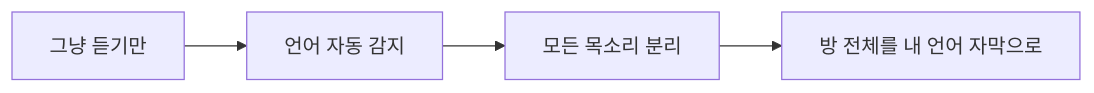
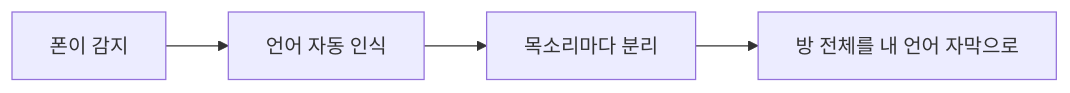
The first of 4 diagrams in README_ko.md (rpalm01-star/VigilantEarLegal), drawn with Mermaid before and after one commit. The commit also changed other lines of this file and 11 other files, not shown here.

````diff
--- a/README_ko.md
+++ b/README_ko.md
@@ -52,4 +58,4 @@
 ```mermaid
 graph LR
-    A["그냥 듣기만"] --> B["언어 자동 감지"] --> C["모든 목소리 분리"] --> D["방 전체를 내 언어 자막으로"]
+    A["폰이 감지"] --> B["언어 자동 인식"] --> C["목소리마다 분리"] --> D["방 전체를 내 언어 자막으로"]
 ```
````
